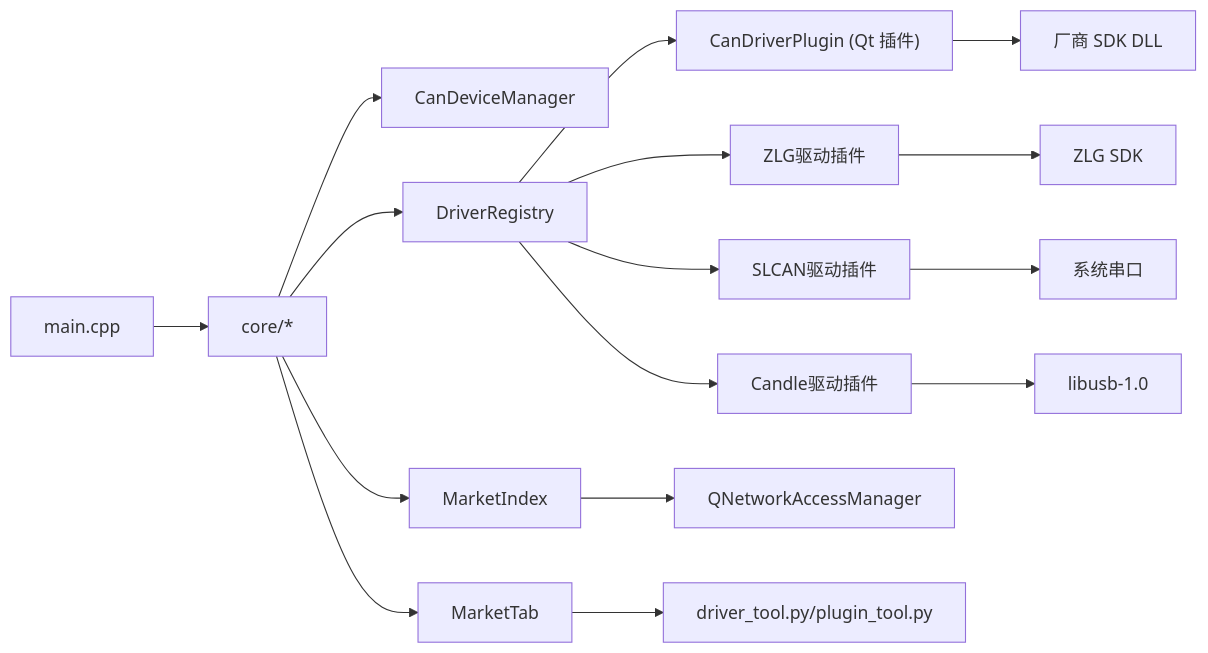
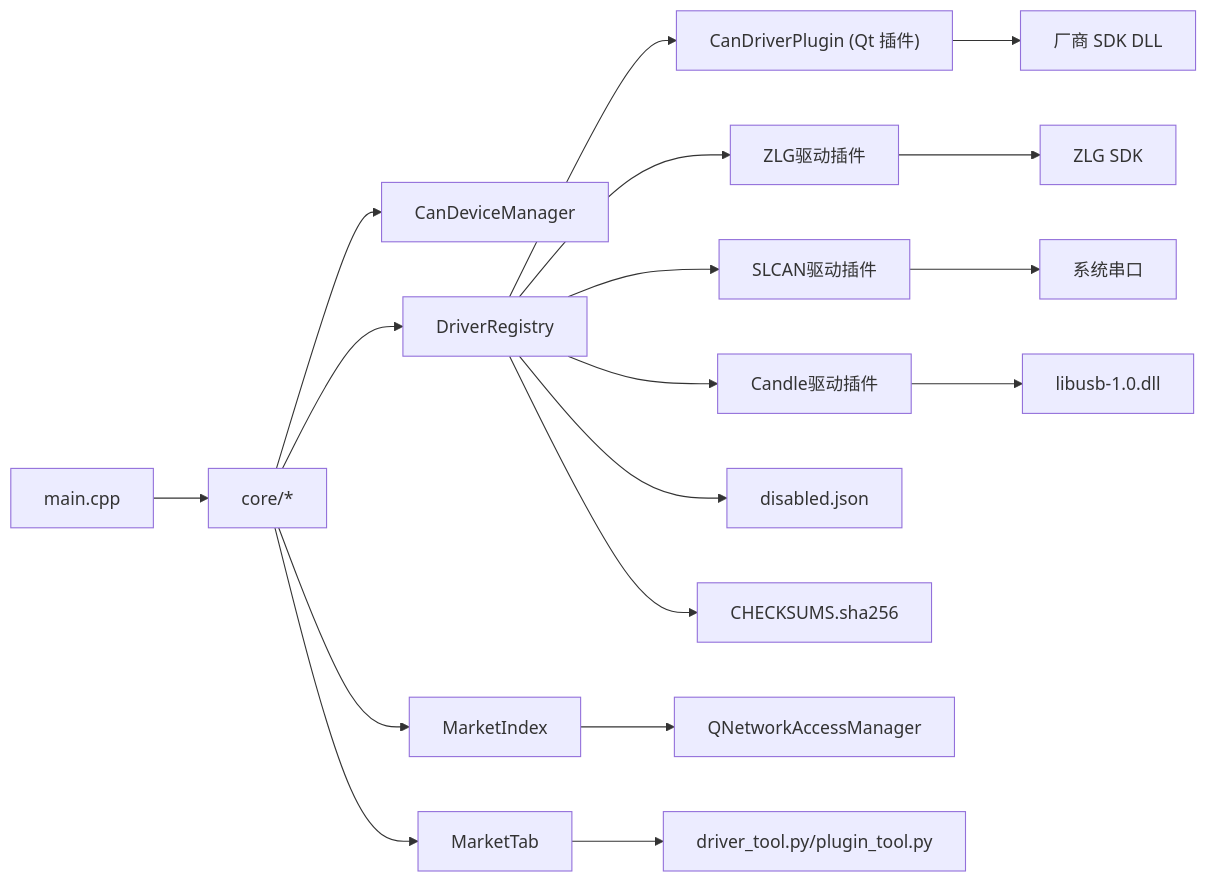
Before and after one commit to jakecai1225-design/OpenBus: the sixth of 6 diagrams in .qoder/repowiki/zh/content/架构设计/驱动系统方案.md, drawn with Mermaid. The commit also changed other lines of this file and 151 other files, not shown here.

````diff
--- a/.qoder/repowiki/zh/content/架构设计/驱动系统方案.md
+++ b/.qoder/repowiki/zh/content/架构设计/驱动系统方案.md
@@ -274,18 +291,20 @@
 ```mermaid
 graph LR
 Main["main.cpp"] --> Core["core/*"]
 Core --> DevMgr["CanDeviceManager"]
 Core --> Reg["DriverRegistry"]
 Core --> Index["MarketIndex"]
 Core --> UI["MarketTab"]
 Reg --> Plugin["CanDriverPlugin (Qt 插件)"]
 Plugin --> Vendor["厂商 SDK DLL"]
 Index --> Network["QNetworkAccessManager"]
 UI --> Python["driver_tool.py/plugin_tool.py"]
 Reg --> ZLG["ZLG驱动插件"]
 Reg --> SLCAN["SLCAN驱动插件"]
 Reg --> CANDLE["Candle驱动插件"]
 ZLG --> ZLG_SDK["ZLG SDK"]
 SLCAN --> SERIAL["系统串口"]
-CANDLE --> LIBUSB["libusb-1.0"]
+CANDLE --> LIBUSB["libusb-1.0.dll"]
+Reg --> Disabled["disabled.json"]
+Reg --> Checksums["CHECKSUMS.sha256"]
 ```
````
